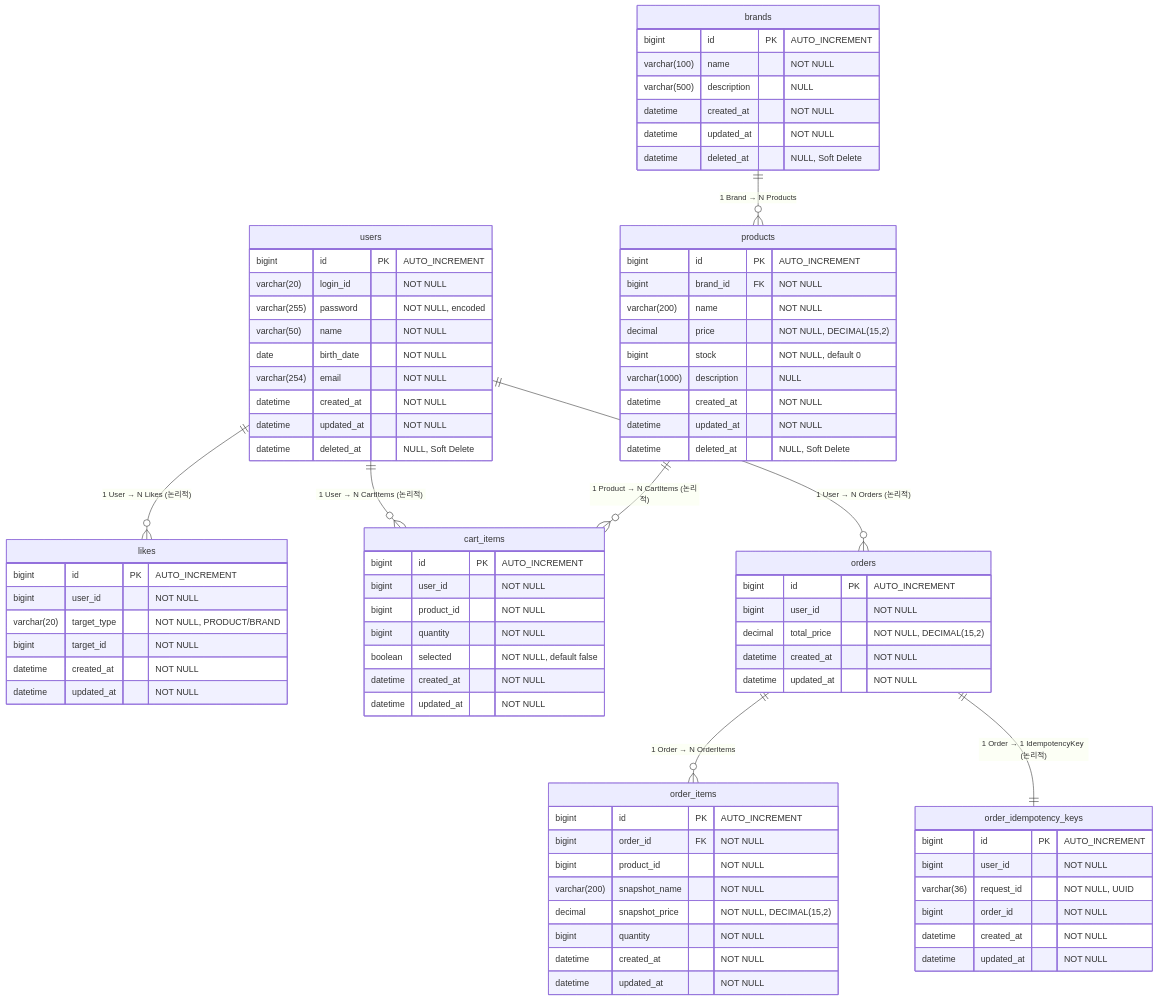
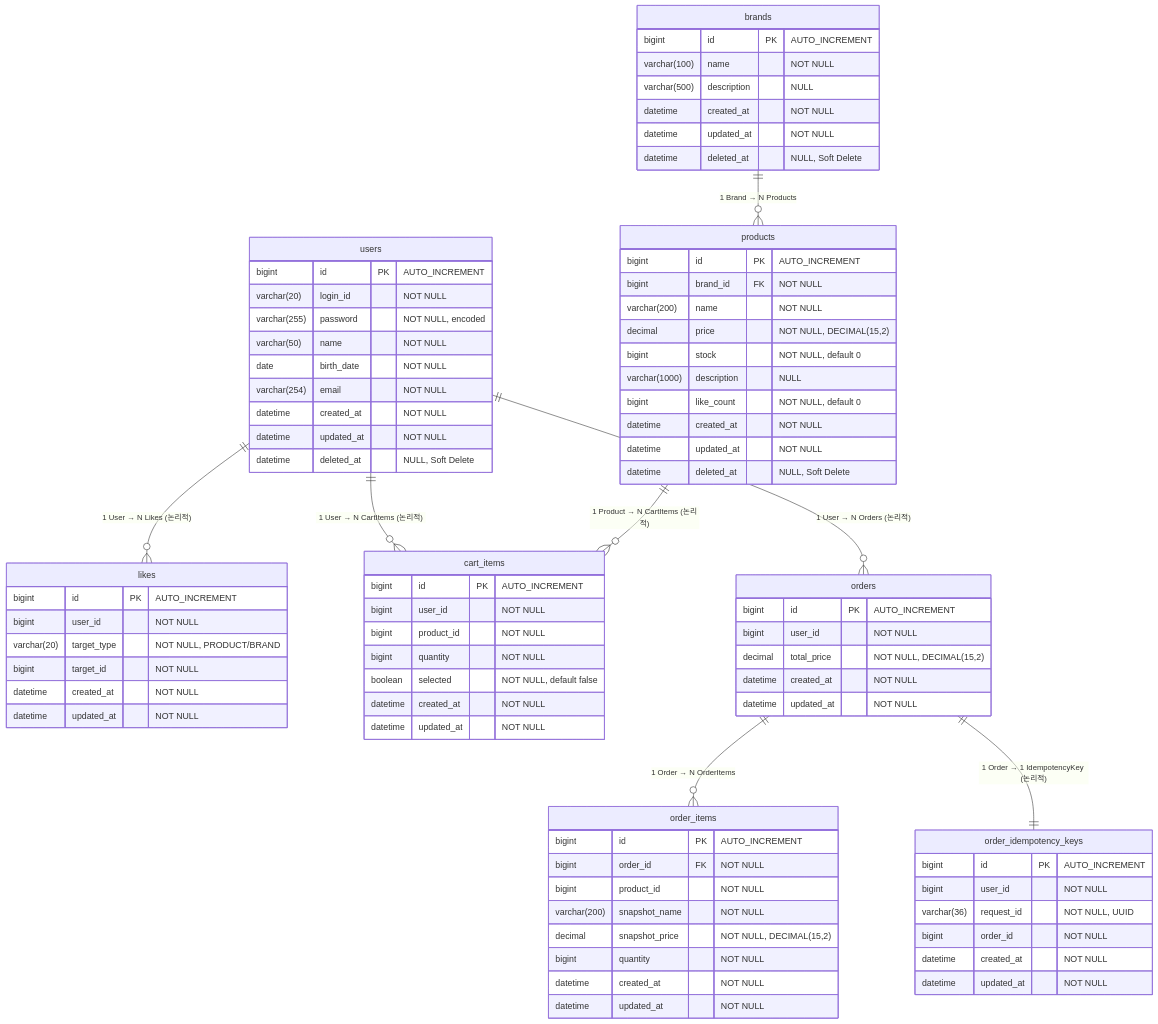
Before and after one commit to Hwan0518/loop-pack-be-l2-vol3-java: the diagram in docs/design/04-erd-claude.md, drawn with Mermaid. The commit also changed other lines of this file and 7 other files, not shown here.

```diff
--- a/docs/design/04-erd-claude.md
+++ b/docs/design/04-erd-claude.md
@@ -119,6 +124,7 @@
         decimal price "NOT NULL, DECIMAL(15,2)"
         bigint stock "NOT NULL, default 0"
         varchar(1000) description "NULL"
+        bigint like_count "NOT NULL, default 0"
         datetime created_at "NOT NULL"
         datetime updated_at "NOT NULL"
         datetime deleted_at "NULL, Soft Delete"
```
